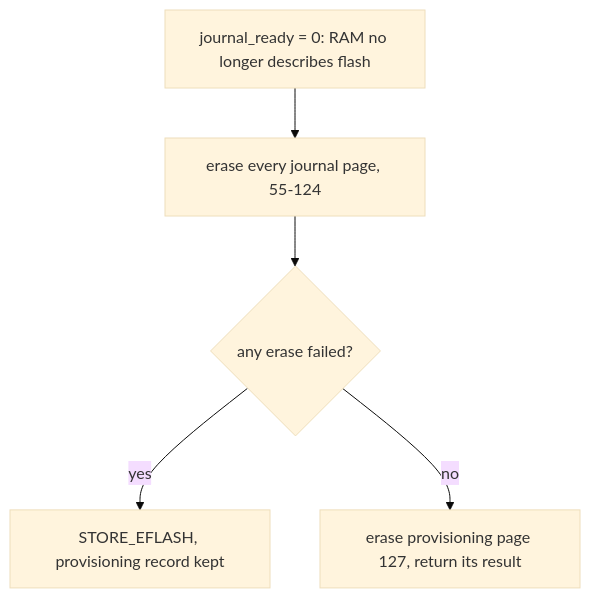
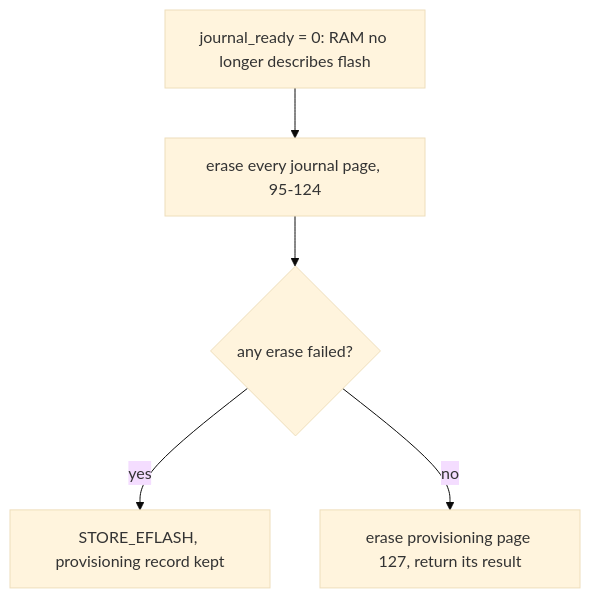
Diagram 14 of 14 in firmware/stage0-node/App/node_store.lit.md (clintecker/weather-station-2026), drawn with Mermaid (base theme) before and after one commit. The commit also changed other lines of this file and 26 other files, not shown here.

Commit message:
flash: 190 KB firmware, 30-page journal (about 10 h) until H11 moves the journal off-chip

````diff
--- a/firmware/stage0-node/App/node_store.lit.md
+++ b/firmware/stage0-node/App/node_store.lit.md
@@ -1132,7 +1132,7 @@
 ```mermaid
 flowchart TD
-    J["journal_ready = 0: RAM no longer describes flash"] --> E["erase every journal page, 55-124"]
+    J["journal_ready = 0: RAM no longer describes flash"] --> E["erase every journal page, 95-124"]
     E --> Q{"any erase failed?"}
     Q -- yes --> F["STORE_EFLASH, provisioning record kept"]
     Q -- no --> C["erase provisioning page 127, return its result"]
 ```
````
